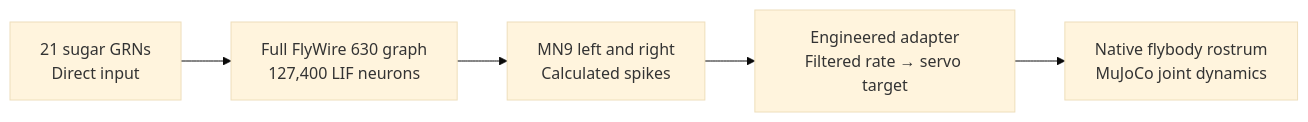
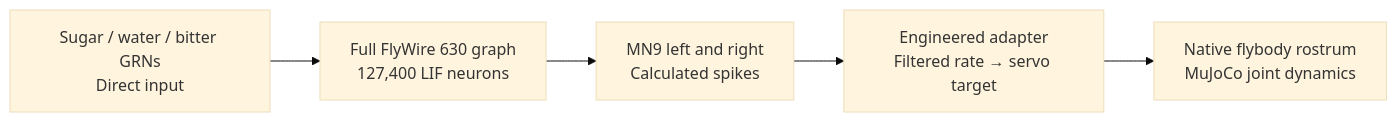
Before and after one commit to bitdeep/fly-netsphere: the diagram in docs/motor-link.md, drawn with Mermaid (base theme). The commit also changed other lines of this file and 16 other files, not shown here.

````diff
--- a/docs/motor-link.md
+++ b/docs/motor-link.md
@@ -14,7 +18,7 @@
 ```mermaid
 flowchart LR
-  S["21 sugar GRNs<br/>Direct input"] --> C["Full FlyWire 630 graph<br/>127,400 LIF neurons"]
+  S["Sugar / water / bitter GRNs<br/>Direct input"] --> C["Full FlyWire 630 graph<br/>127,400 LIF neurons"]
   C --> M["MN9 left and right<br/>Calculated spikes"]
   M --> A["Engineered adapter<br/>Filtered rate → servo target"]
   A --> B["Native flybody rostrum<br/>MuJoCo joint dynamics"]
 ```
````
